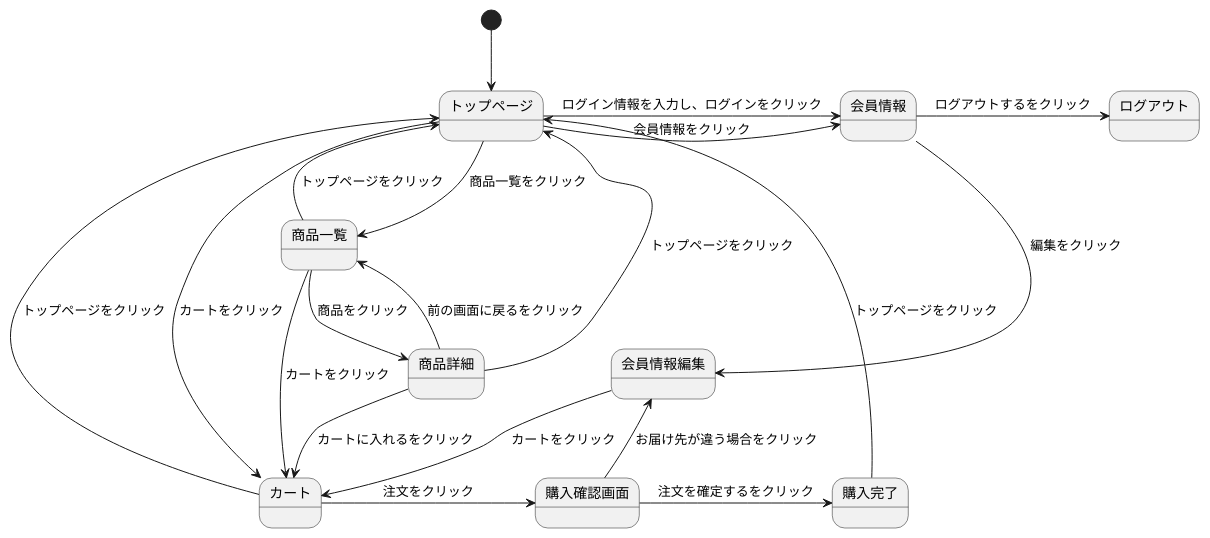
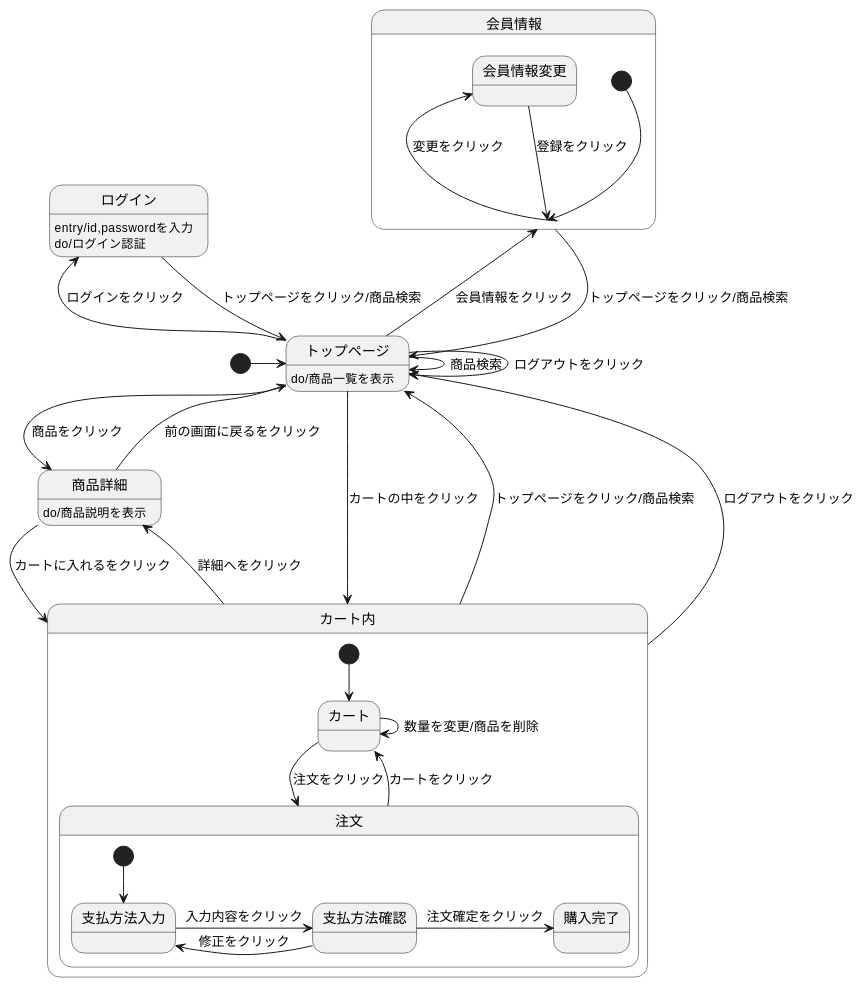
Before and after one commit to Aso2001392/2021sys-design: the diagram in kadai12.md, drawn with PlantUML.

````diff
--- a/kadai12.md
+++ b/kadai12.md
@@ -1,26 +1,45 @@
 ```uml
 @startuml
 
-[*] --> トップページ
-トップページ -> 会員情報 : ログイン情報を入力し、ログインをクリック
-トップページ -> 会員情報 : 会員情報をクリック
-トップページ ->商品一覧 : 商品一覧をクリック
-トップページ -> カート : カートをクリック
-会員情報 -> ログアウト : ログアウトするをクリック
-会員情報 --> 会員情報編集 : 編集をクリック
-会員情報編集 -> カート : カートをクリック
-商品一覧 -> 商品詳細 : 商品をクリック
-商品一覧 --> トップページ : トップページをクリック
-商品一覧 --> カート : カートをクリック
-商品詳細 --> カート : カートに入れるをクリック
-商品詳細 --> 商品一覧 : 前の画面に戻るをクリック
-商品詳細 -> トップページ : トップページをクリック
-カート -> 購入確認画面 : 注文をクリック
-カート -> トップページ : トップページをクリック
-購入確認画面 -> 購入完了 : 注文を確定するをクリック
-購入確認画面 --> 会員情報編集 : お届け先が違う場合をクリック
-購入完了 -> トップページ : トップページをクリック
+state 会員情報{
+[*] --> 会員情報
+会員情報 -> 会員情報変更 : 変更をクリック
+会員情報変更 --> 会員情報 : 登録をクリック
+ }
 
+[*] -> トップページ
+会員情報 --> トップページ : トップページをクリック/商品検索
+ログイン --> トップページ : トップページをクリック/商品検索
+ログイン : entry/id,passwordを入力
+ログイン : do/ログイン認証
+トップページ --> トップページ : ログアウトをクリック
+トップページ -> トップページ : 商品検索
+トップページ -> 商品詳細 : 商品をクリック
+トップページ -left-> 会員情報 : 会員情報をクリック
+トップページ -left-> ログイン : ログインをクリック
+トップページ --> カート内 : カートの中をクリック
+トップページ : do/商品一覧を表示
+商品詳細 --> カート内 : カートに入れるをクリック
+商品詳細 --> トップページ : 前の画面に戻るをクリック
+商品詳細 : do/商品説明を表示
+カート内 -up-> トップページ : トップページをクリック/商品検索
+カート内 -up-> トップページ : ログアウトをクリック
+カート内 -> 商品詳細 : 詳細へをクリック
+
+
+
+state カート内{
+[*] --> カート
+カート -> 注文 : 注文をクリック
+カート -> カート : 数量を変更/商品を削除
+注文 --> カート : カートをクリック
+state 注文{
+[*] --> 支払方法入力
+ 支払方法入力 -> 支払方法確認 : 入力内容をクリック
+支払方法確認 ->  支払方法入力 : 修正をクリック
+支払方法確認 ->  購入完了 : 注文確定をクリック
+ }
+}
 @enduml
 
 ```
````
